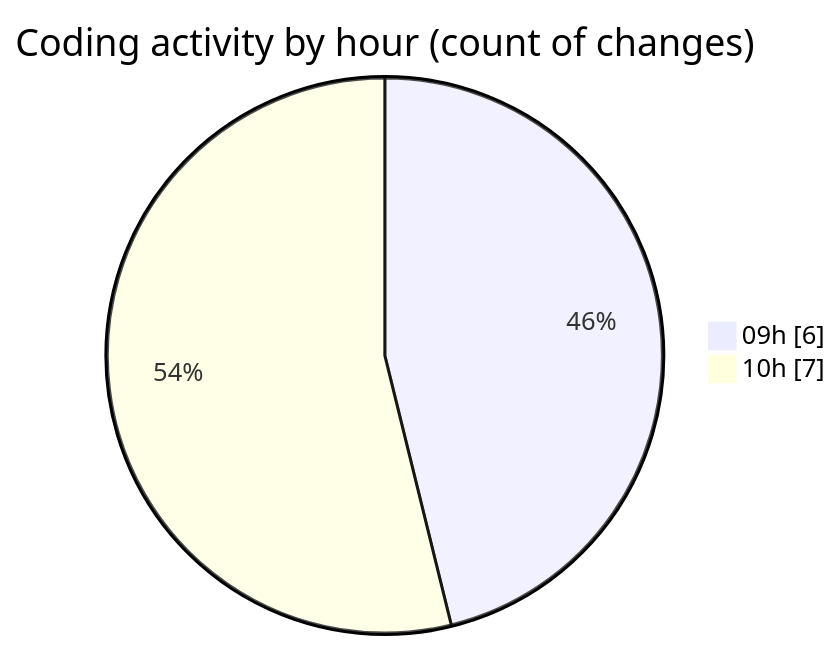
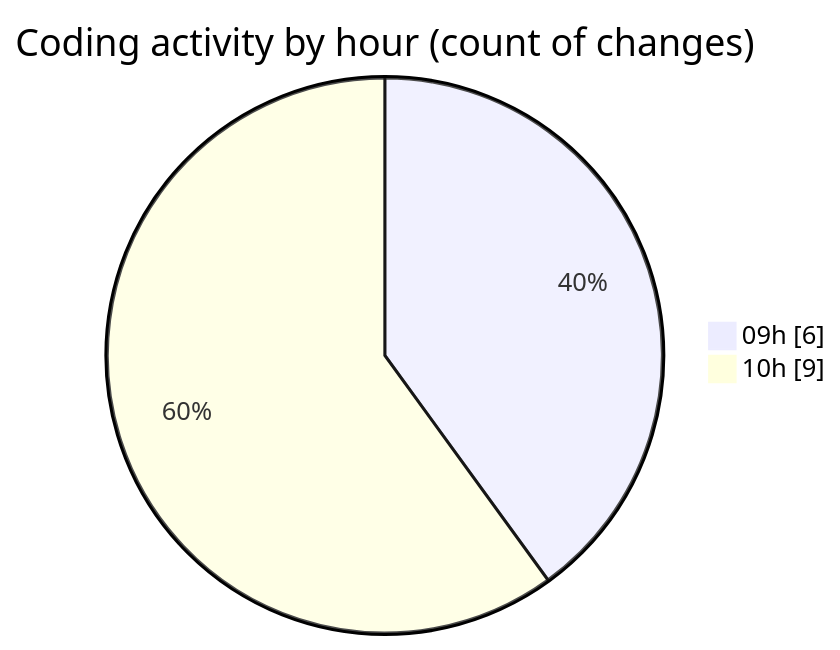
The second of 2 diagrams in 2025-05-09/cda/README.md (momahboobian/code-tracking), drawn with Mermaid before and after one commit. The commit also changed other lines of this file and 1 other file, not shown here.

````diff
--- a/2025-05-09/cda/README.md
+++ b/2025-05-09/cda/README.md
@@ -33,6 +33,6 @@
 ```mermaid
 pie showData
 title Coding activity by hour (count of changes)
 "09h" : 6
-"10h" : 7
+"10h" : 9
 ```
````
